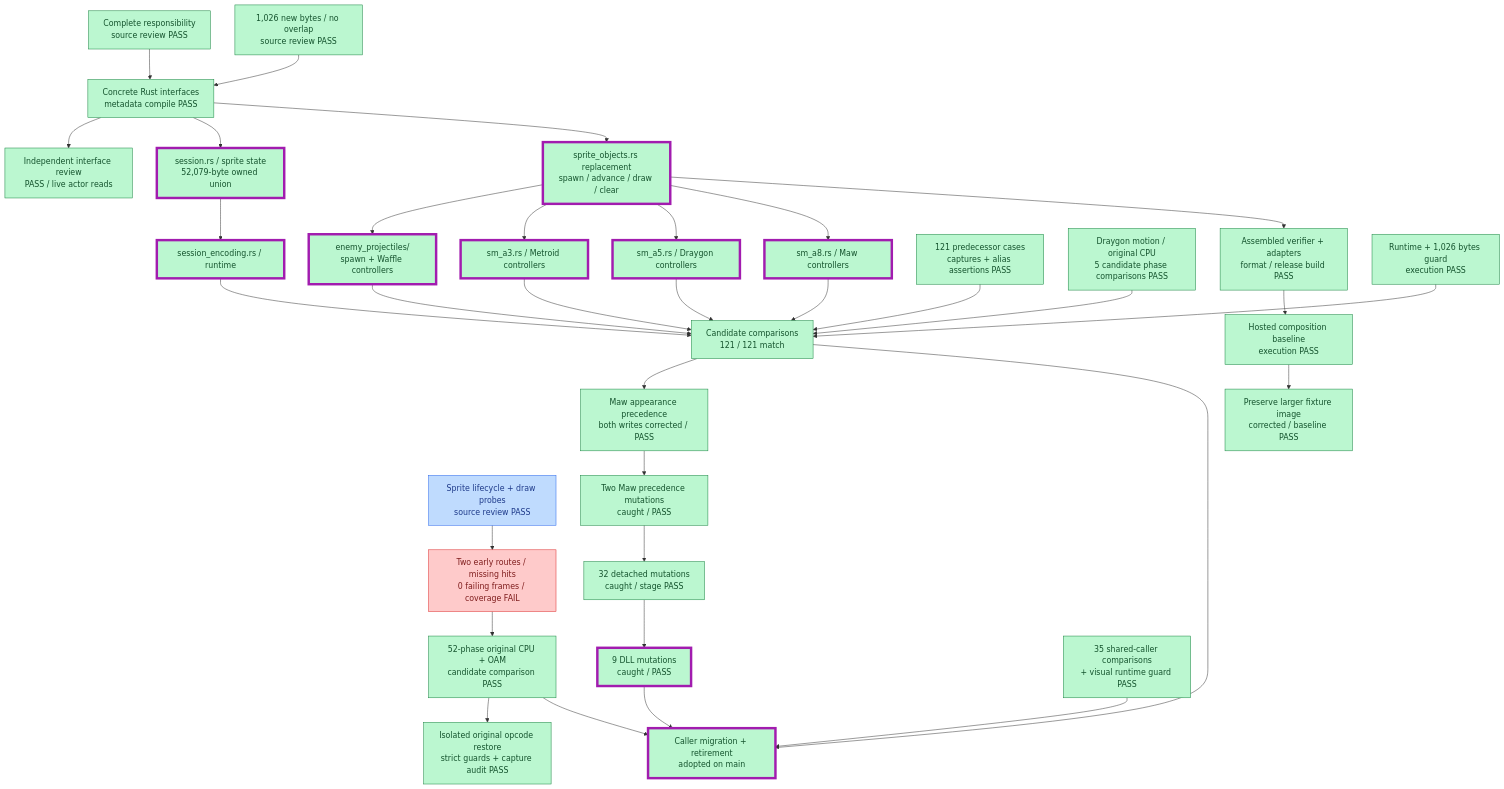
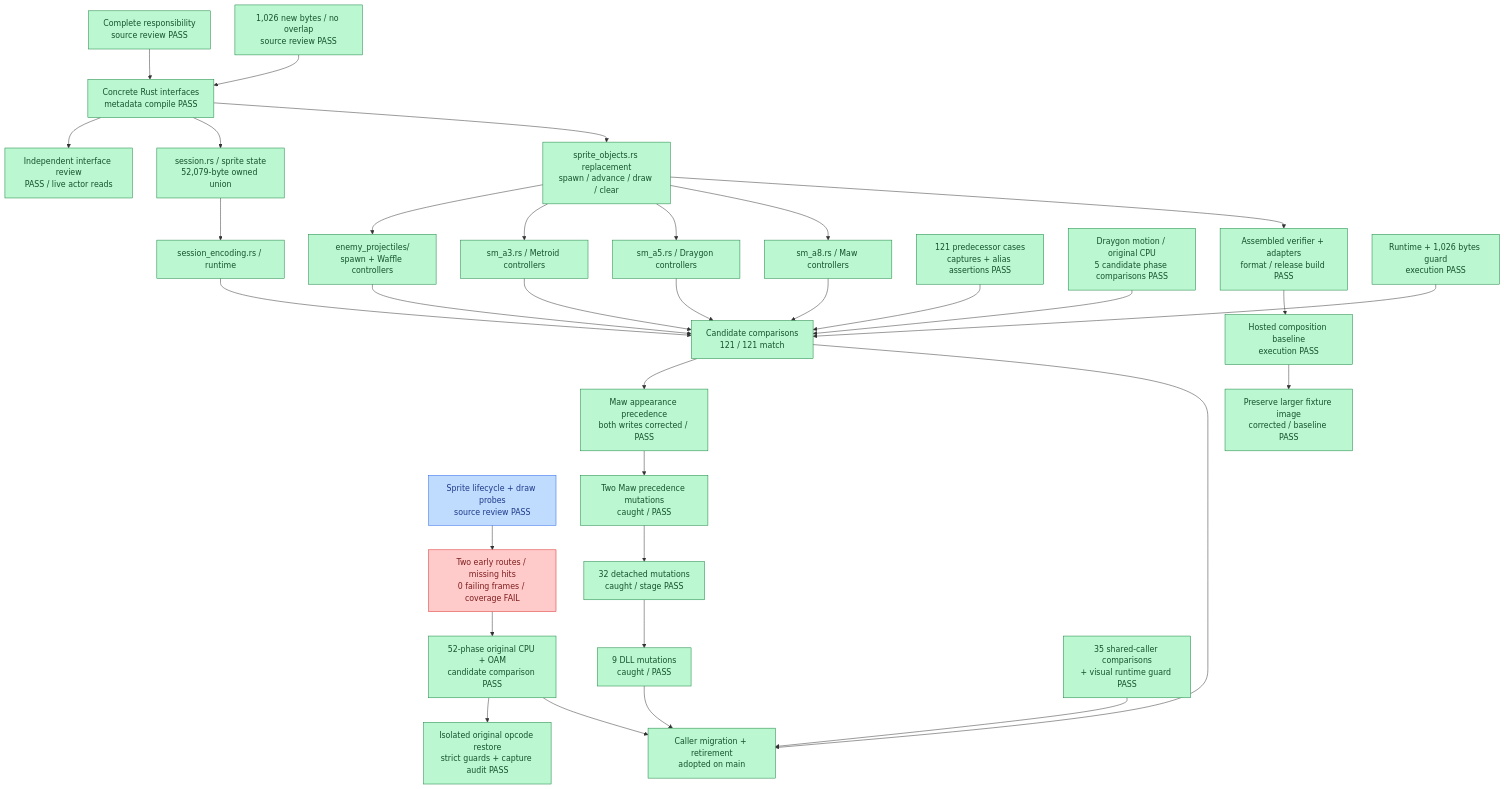
One commit to JimLundin/sm-decomp changed the third of 18 diagrams in PROGRESS.md. Above: the diagram before and after it, drawn with Mermaid. The commit also changed other lines of this file and 1 other file, not shown here.

````diff
--- a/PROGRESS.md
+++ b/PROGRESS.md
@@ -26,43 +59,42 @@
 ```mermaid
 flowchart TB
     CONTRACT["Complete responsibility<br/>source review PASS"]:::done
     UNION["1,026 new bytes / no overlap<br/>source review PASS"]:::done
     CONTRACT --> DECL["Concrete Rust interfaces<br/>metadata compile PASS"]:::done
     UNION --> DECL
     DECL --> REVIEW["Independent interface review<br/>PASS / live actor reads"]:::done
     DECL --> OWNER["session.rs / sprite state<br/>52,079-byte owned union"]:::done
     OWNER --> CODEC["session_encoding.rs / runtime"]:::done
     DECL --> POOL["sprite_objects.rs replacement<br/>spawn / advance / draw / clear"]:::done
     POOL --> WAFFLE["enemy_projectiles/<br/>spawn + Waffle controllers"]:::done
     POOL --> METROID["sm_a3.rs / Metroid controllers"]:::done
     POOL --> DRAYGON["sm_a5.rs / Draygon controllers"]:::done
     POOL --> MAW["sm_a8.rs / Maw controllers"]:::done
     BASE["121 predecessor cases<br/>captures + alias assertions PASS"]:::done --> VERIFY["Candidate comparisons<br/>121 / 121 match"]:::done
     VERIFY --> MAWFIX["Maw appearance precedence<br/>both writes corrected / PASS"]:::done
     CPU["Draygon motion / original CPU<br/>5 candidate phase comparisons PASS"]:::done --> VERIFY
     PROBE["Sprite lifecycle + draw probes<br/>source review PASS"]:::checked --> EARLY["Two early routes / missing hits<br/>0 failing frames / coverage FAIL"]:::failed
     EARLY --> MOVIE["52-phase original CPU + OAM<br/>candidate comparison PASS"]:::done
     MOVIE --> HOOKFIX["Isolated original opcode restore<br/>strict guards + capture audit PASS"]:::done
     POOL --> BUILD["Assembled verifier + adapters<br/>format / release build PASS"]:::done
     BUILD --> HOST["Hosted composition baseline<br/>execution PASS"]:::done
     HOST --> HOSTFIX["Preserve larger fixture image<br/>corrected / baseline PASS"]:::done
     GUARD["Runtime + 1,026 bytes guard<br/>execution PASS"]:::done --> VERIFY
     MUT["32 detached mutations<br/>caught / stage PASS"]:::done --> KILLS["9 DLL mutations<br/>caught / PASS"]:::done
     MAWFIX --> MAWMUT["Two Maw precedence mutations<br/>caught / PASS"]:::done --> MUT
     SHARED["35 shared-caller comparisons<br/>+ visual runtime guard PASS"]:::done --> ADOPT
     CODEC --> VERIFY
     WAFFLE --> VERIFY
     METROID --> VERIFY
     DRAYGON --> VERIFY
     MAW --> VERIFY
     VERIFY --> ADOPT["Caller migration + retirement<br/>adopted on main"]:::done
     MOVIE --> ADOPT
     KILLS --> ADOPT
-    class OWNER,CODEC,POOL,WAFFLE,METROID,DRAYGON,MAW,KILLS,ADOPT changed
     classDef checked fill:#bfdbfe,stroke:#2563eb,color:#1e3a8a
     classDef failed fill:#fecaca,stroke:#dc2626,color:#7f1d1d
     classDef done fill:#bbf7d0,stroke:#15803d,color:#14532d
     classDef active fill:#fed7aa,stroke:#ea580c,color:#7c2d12
     classDef pending fill:#f1f5f9,stroke:#94a3b8,color:#475569,stroke-dasharray:5 5
     classDef changed stroke:#a21caf,stroke-width:5px
 ```
````
